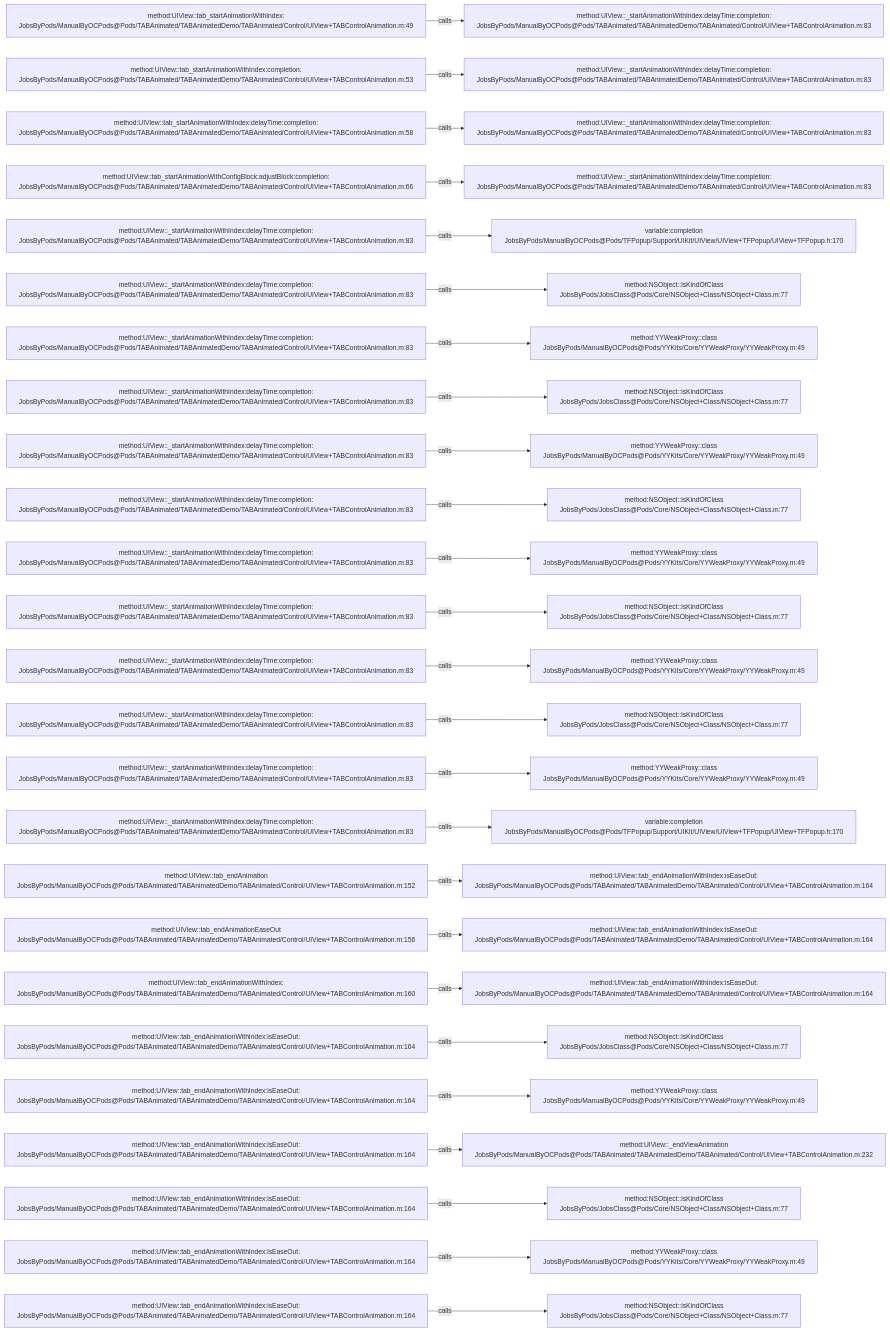
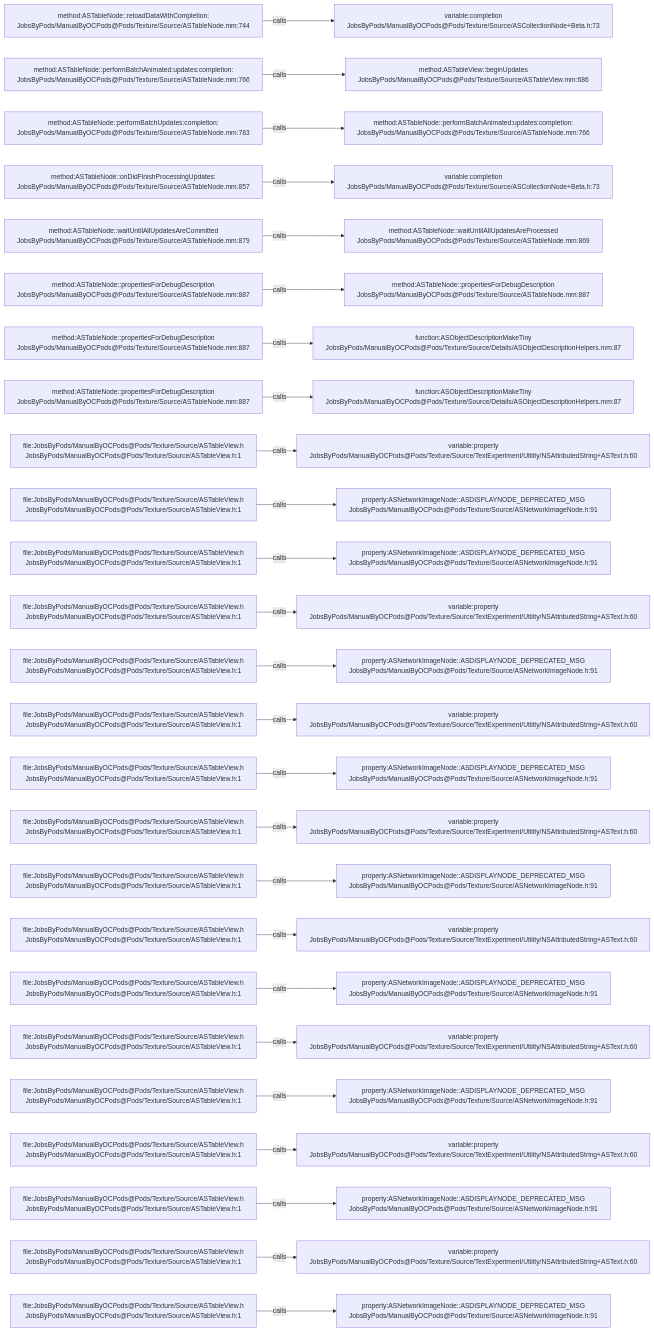
Before and after one commit to JobsKits/JobsOCBaseConfigDemo: the diagram in .codegraph/codegraph.md/graphs/calls-132.md, drawn with Mermaid. The commit also changed 2162 other files, not shown here.

````diff
--- a/.codegraph/codegraph.md/graphs/calls-132.md
+++ b/.codegraph/codegraph.md/graphs/calls-132.md
@@ -13,78 +13,78 @@
 ```mermaid
 flowchart LR
-  S1["method:UIView::tab_startAnimationWithIndex:<br/>JobsByPods/ManualByOCPods@Pods/TABAnimated/TABAnimatedDemo/TABAnimated/Control/UIView+TABControlAnimation.m:49"]
-  T1["method:UIView::_startAnimationWithIndex:delayTime:completion:<br/>JobsByPods/ManualByOCPods@Pods/TABAnimated/TABAnimatedDemo/TABAnimated/Control/UIView+TABControlAnimation.m:83"]
+  S1["method:ASTableNode::reloadDataWithCompletion:<br/>JobsByPods/ManualByOCPods@Pods/Texture/Source/ASTableNode.mm:744"]
+  T1["variable:completion<br/>JobsByPods/ManualByOCPods@Pods/Texture/Source/ASCollectionNode+Beta.h:73"]
   S1 -->|calls| T1
-  S2["method:UIView::tab_startAnimationWithIndex:completion:<br/>JobsByPods/ManualByOCPods@Pods/TABAnimated/TABAnimatedDemo/TABAnimated/Control/UIView+TABControlAnimation.m:53"]
-  T2["method:UIView::_startAnimationWithIndex:delayTime:completion:<br/>JobsByPods/ManualByOCPods@Pods/TABAnimated/TABAnimatedDemo/TABAnimated/Control/UIView+TABControlAnimation.m:83"]
+  S2["method:ASTableNode::performBatchAnimated:updates:completion:<br/>JobsByPods/ManualByOCPods@Pods/Texture/Source/ASTableNode.mm:766"]
+  T2["method:ASTableView::beginUpdates<br/>JobsByPods/ManualByOCPods@Pods/Texture/Source/ASTableView.mm:686"]
   S2 -->|calls| T2
-  S3["method:UIView::tab_startAnimationWithIndex:delayTime:completion:<br/>JobsByPods/ManualByOCPods@Pods/TABAnimated/TABAnimatedDemo/TABAnimated/Control/UIView+TABControlAnimation.m:58"]
-  T3["method:UIView::_startAnimationWithIndex:delayTime:completion:<br/>JobsByPods/ManualByOCPods@Pods/TABAnimated/TABAnimatedDemo/TABAnimated/Control/UIView+TABControlAnimation.m:83"]
+  S3["method:ASTableNode::performBatchUpdates:completion:<br/>JobsByPods/ManualByOCPods@Pods/Texture/Source/ASTableNode.mm:783"]
+  T3["method:ASTableNode::performBatchAnimated:updates:completion:<br/>JobsByPods/ManualByOCPods@Pods/Texture/Source/ASTableNode.mm:766"]
   S3 -->|calls| T3
-  S4["method:UIView::tab_startAnimationWithConfigBlock:adjustBlock:completion:<br/>JobsByPods/ManualByOCPods@Pods/TABAnimated/TABAnimatedDemo/TABAnimated/Control/UIView+TABControlAnimation.m:66"]
-  T4["method:UIView::_startAnimationWithIndex:delayTime:completion:<br/>JobsByPods/ManualByOCPods@Pods/TABAnimated/TABAnimatedDemo/TABAnimated/Control/UIView+TABControlAnimation.m:83"]
+  S4["method:ASTableNode::onDidFinishProcessingUpdates:<br/>JobsByPods/ManualByOCPods@Pods/Texture/Source/ASTableNode.mm:857"]
+  T4["variable:completion<br/>JobsByPods/ManualByOCPods@Pods/Texture/Source/ASCollectionNode+Beta.h:73"]
   S4 -->|calls| T4
-  S5["method:UIView::_startAnimationWithIndex:delayTime:completion:<br/>JobsByPods/ManualByOCPods@Pods/TABAnimated/TABAnimatedDemo/TABAnimated/Control/UIView+TABControlAnimation.m:83"]
-  T5["variable:completion<br/>JobsByPods/ManualByOCPods@Pods/TFPopup/Support/UIKit/UIView/UIView+TFPopup/UIView+TFPopup.h:170"]
+  S5["method:ASTableNode::waitUntilAllUpdatesAreCommitted<br/>JobsByPods/ManualByOCPods@Pods/Texture/Source/ASTableNode.mm:879"]
+  T5["method:ASTableNode::waitUntilAllUpdatesAreProcessed<br/>JobsByPods/ManualByOCPods@Pods/Texture/Source/ASTableNode.mm:869"]
   S5 -->|calls| T5
-  S6["method:UIView::_startAnimationWithIndex:delayTime:completion:<br/>JobsByPods/ManualByOCPods@Pods/TABAnimated/TABAnimatedDemo/TABAnimated/Control/UIView+TABControlAnimation.m:83"]
-  T6["method:NSObject::isKindOfClass<br/>JobsByPods/JobsClass@Pods/Core/NSObject+Class/NSObject+Class.m:77"]
+  S6["method:ASTableNode::propertiesForDebugDescription<br/>JobsByPods/ManualByOCPods@Pods/Texture/Source/ASTableNode.mm:887"]
+  T6["method:ASTableNode::propertiesForDebugDescription<br/>JobsByPods/ManualByOCPods@Pods/Texture/Source/ASTableNode.mm:887"]
   S6 -->|calls| T6
-  S7["method:UIView::_startAnimationWithIndex:delayTime:completion:<br/>JobsByPods/ManualByOCPods@Pods/TABAnimated/TABAnimatedDemo/TABAnimated/Control/UIView+TABControlAnimation.m:83"]
-  T7["method:YYWeakProxy::class<br/>JobsByPods/ManualByOCPods@Pods/YYKits/Core/YYWeakProxy/YYWeakProxy.m:49"]
+  S7["method:ASTableNode::propertiesForDebugDescription<br/>JobsByPods/ManualByOCPods@Pods/Texture/Source/ASTableNode.mm:887"]
+  T7["function:ASObjectDescriptionMakeTiny<br/>JobsByPods/ManualByOCPods@Pods/Texture/Source/Details/ASObjectDescriptionHelpers.mm:87"]
   S7 -->|calls| T7
-  S8["method:UIView::_startAnimationWithIndex:delayTime:completion:<br/>JobsByPods/ManualByOCPods@Pods/TABAnimated/TABAnimatedDemo/TABAnimated/Control/UIView+TABControlAnimation.m:83"]
-  T8["method:NSObject::isKindOfClass<br/>JobsByPods/JobsClass@Pods/Core/NSObject+Class/NSObject+Class.m:77"]
+  S8["method:ASTableNode::propertiesForDebugDescription<br/>JobsByPods/ManualByOCPods@Pods/Texture/Source/ASTableNode.mm:887"]
+  T8["function:ASObjectDescriptionMakeTiny<br/>JobsByPods/ManualByOCPods@Pods/Texture/Source/Details/ASObjectDescriptionHelpers.mm:87"]
   S8 -->|calls| T8
-  S9["method:UIView::_startAnimationWithIndex:delayTime:completion:<br/>JobsByPods/ManualByOCPods@Pods/TABAnimated/TABAnimatedDemo/TABAnimated/Control/UIView+TABControlAnimation.m:83"]
-  T9["method:YYWeakProxy::class<br/>JobsByPods/ManualByOCPods@Pods/YYKits/Core/YYWeakProxy/YYWeakProxy.m:49"]
+  S9["file:JobsByPods/ManualByOCPods@Pods/Texture/Source/ASTableView.h<br/>JobsByPods/ManualByOCPods@Pods/Texture/Source/ASTableView.h:1"]
+  T9["variable:property<br/>JobsByPods/ManualByOCPods@Pods/Texture/Source/TextExperiment/Utility/NSAttributedString+ASText.h:60"]
   S9 -->|calls| T9
-  S10["method:UIView::_startAnimationWithIndex:delayTime:completion:<br/>JobsByPods/ManualByOCPods@Pods/TABAnimated/TABAnimatedDemo/TABAnimated/Control/UIView+TABControlAnimation.m:83"]
-  T10["method:NSObject::isKindOfClass<br/>JobsByPods/JobsClass@Pods/Core/NSObject+Class/NSObject+Class.m:77"]
+  S10["file:JobsByPods/ManualByOCPods@Pods/Texture/Source/ASTableView.h<br/>JobsByPods/ManualByOCPods@Pods/Texture/Source/ASTableView.h:1"]
+  T10["property:ASNetworkImageNode::ASDISPLAYNODE_DEPRECATED_MSG<br/>JobsByPods/ManualByOCPods@Pods/Texture/Source/ASNetworkImageNode.h:91"]
   S10 -->|calls| T10
-  S11["method:UIView::_startAnimationWithIndex:delayTime:completion:<br/>JobsByPods/ManualByOCPods@Pods/TABAnimated/TABAnimatedDemo/TABAnimated/Control/UIView+TABControlAnimation.m:83"]
-  T11["method:YYWeakProxy::class<br/>JobsByPods/ManualByOCPods@Pods/YYKits/Core/YYWeakProxy/YYWeakProxy.m:49"]
+  S11["file:JobsByPods/ManualByOCPods@Pods/Texture/Source/ASTableView.h<br/>JobsByPods/ManualByOCPods@Pods/Texture/Source/ASTableView.h:1"]
+  T11["property:ASNetworkImageNode::ASDISPLAYNODE_DEPRECATED_MSG<br/>JobsByPods/ManualByOCPods@Pods/Texture/Source/ASNetworkImageNode.h:91"]
   S11 -->|calls| T11
-  S12["method:UIView::_startAnimationWithIndex:delayTime:completion:<br/>JobsByPods/ManualByOCPods@Pods/TABAnimated/TABAnimatedDemo/TABAnimated/Control/UIView+TABControlAnimation.m:83"]
-  T12["method:NSObject::isKindOfClass<br/>JobsByPods/JobsClass@Pods/Core/NSObject+Class/NSObject+Class.m:77"]
+  S12["file:JobsByPods/ManualByOCPods@Pods/Texture/Source/ASTableView.h<br/>JobsByPods/ManualByOCPods@Pods/Texture/Source/ASTableView.h:1"]
+  T12["variable:property<br/>JobsByPods/ManualByOCPods@Pods/Texture/Source/TextExperiment/Utility/NSAttributedString+ASText.h:60"]
   S12 -->|calls| T12
-  S13["method:UIView::_startAnimationWithIndex:delayTime:completion:<br/>JobsByPods/ManualByOCPods@Pods/TABAnimated/TABAnimatedDemo/TABAnimated/Control/UIView+TABControlAnimation.m:83"]
-  T13["method:YYWeakProxy::class<br/>JobsByPods/ManualByOCPods@Pods/YYKits/Core/YYWeakProxy/YYWeakProxy.m:49"]
+  S13["file:JobsByPods/ManualByOCPods@Pods/Texture/Source/ASTableView.h<br/>JobsByPods/ManualByOCPods@Pods/Texture/Source/ASTableView.h:1"]
+  T13["property:ASNetworkImageNode::ASDISPLAYNODE_DEPRECATED_MSG<br/>JobsByPods/ManualByOCPods@Pods/Texture/Source/ASNetworkImageNode.h:91"]
   S13 -->|calls| T13
-  S14["method:UIView::_startAnimationWithIndex:delayTime:completion:<br/>JobsByPods/ManualByOCPods@Pods/TABAnimated/TABAnimatedDemo/TABAnimated/Control/UIView+TABControlAnimation.m:83"]
-  T14["method:NSObject::isKindOfClass<br/>JobsByPods/JobsClass@Pods/Core/NSObject+Class/NSObject+Class.m:77"]
+  S14["file:JobsByPods/ManualByOCPods@Pods/Texture/Source/ASTableView.h<br/>JobsByPods/ManualByOCPods@Pods/Texture/Source/ASTableView.h:1"]
+  T14["variable:property<br/>JobsByPods/ManualByOCPods@Pods/Texture/Source/TextExperiment/Utility/NSAttributedString+ASText.h:60"]
   S14 -->|calls| T14
-  S15["method:UIView::_startAnimationWithIndex:delayTime:completion:<br/>JobsByPods/ManualByOCPods@Pods/TABAnimated/TABAnimatedDemo/TABAnimated/Control/UIView+TABControlAnimation.m:83"]
-  T15["method:YYWeakProxy::class<br/>JobsByPods/ManualByOCPods@Pods/YYKits/Core/YYWeakProxy/YYWeakProxy.m:49"]
+  S15["file:JobsByPods/ManualByOCPods@Pods/Texture/Source/ASTableView.h<br/>JobsByPods/ManualByOCPods@Pods/Texture/Source/ASTableView.h:1"]
+  T15["property:ASNetworkImageNode::ASDISPLAYNODE_DEPRECATED_MSG<br/>JobsByPods/ManualByOCPods@Pods/Texture/Source/ASNetworkImageNode.h:91"]
   S15 -->|calls| T15
-  S16["method:UIView::_startAnimationWithIndex:delayTime:completion:<br/>JobsByPods/ManualByOCPods@Pods/TABAnimated/TABAnimatedDemo/TABAnimated/Control/UIView+TABControlAnimation.m:83"]
-  T16["variable:completion<br/>JobsByPods/ManualByOCPods@Pods/TFPopup/Support/UIKit/UIView/UIView+TFPopup/UIView+TFPopup.h:170"]
+  S16["file:JobsByPods/ManualByOCPods@Pods/Texture/Source/ASTableView.h<br/>JobsByPods/ManualByOCPods@Pods/Texture/Source/ASTableView.h:1"]
+  T16["variable:property<br/>JobsByPods/ManualByOCPods@Pods/Texture/Source/TextExperiment/Utility/NSAttributedString+ASText.h:60"]
   S16 -->|calls| T16
-  S17["method:UIView::tab_endAnimation<br/>JobsByPods/ManualByOCPods@Pods/TABAnimated/TABAnimatedDemo/TABAnimated/Control/UIView+TABControlAnimation.m:152"]
-  T17["method:UIView::tab_endAnimationWithIndex:isEaseOut:<br/>JobsByPods/ManualByOCPods@Pods/TABAnimated/TABAnimatedDemo/TABAnimated/Control/UIView+TABControlAnimation.m:164"]
+  S17["file:JobsByPods/ManualByOCPods@Pods/Texture/Source/ASTableView.h<br/>JobsByPods/ManualByOCPods@Pods/Texture/Source/ASTableView.h:1"]
+  T17["property:ASNetworkImageNode::ASDISPLAYNODE_DEPRECATED_MSG<br/>JobsByPods/ManualByOCPods@Pods/Texture/Source/ASNetworkImageNode.h:91"]
   S17 -->|calls| T17
-  S18["method:UIView::tab_endAnimationEaseOut<br/>JobsByPods/ManualByOCPods@Pods/TABAnimated/TABAnimatedDemo/TABAnimated/Control/UIView+TABControlAnimation.m:156"]
-  T18["method:UIView::tab_endAnimationWithIndex:isEaseOut:<br/>JobsByPods/ManualByOCPods@Pods/TABAnimated/TABAnimatedDemo/TABAnimated/Control/UIView+TABControlAnimation.m:164"]
+  S18["file:JobsByPods/ManualByOCPods@Pods/Texture/Source/ASTableView.h<br/>JobsByPods/ManualByOCPods@Pods/Texture/Source/ASTableView.h:1"]
+  T18["variable:property<br/>JobsByPods/ManualByOCPods@Pods/Texture/Source/TextExperiment/Utility/NSAttributedString+ASText.h:60"]
   S18 -->|calls| T18
-  S19["method:UIView::tab_endAnimationWithIndex:<br/>JobsByPods/ManualByOCPods@Pods/TABAnimated/TABAnimatedDemo/TABAnimated/Control/UIView+TABControlAnimation.m:160"]
-  T19["method:UIView::tab_endAnimationWithIndex:isEaseOut:<br/>JobsByPods/ManualByOCPods@Pods/TABAnimated/TABAnimatedDemo/TABAnimated/Control/UIView+TABControlAnimation.m:164"]
+  S19["file:JobsByPods/ManualByOCPods@Pods/Texture/Source/ASTableView.h<br/>JobsByPods/ManualByOCPods@Pods/Texture/Source/ASTableView.h:1"]
+  T19["property:ASNetworkImageNode::ASDISPLAYNODE_DEPRECATED_MSG<br/>JobsByPods/ManualByOCPods@Pods/Texture/Source/ASNetworkImageNode.h:91"]
   S19 -->|calls| T19
-  S20["method:UIView::tab_endAnimationWithIndex:isEaseOut:<br/>JobsByPods/ManualByOCPods@Pods/TABAnimated/TABAnimatedDemo/TABAnimated/Control/UIView+TABControlAnimation.m:164"]
-  T20["method:NSObject::isKindOfClass<br/>JobsByPods/JobsClass@Pods/Core/NSObject+Class/NSObject+Class.m:77"]
+  S20["file:JobsByPods/ManualByOCPods@Pods/Texture/Source/ASTableView.h<br/>JobsByPods/ManualByOCPods@Pods/Texture/Source/ASTableView.h:1"]
+  T20["variable:property<br/>JobsByPods/ManualByOCPods@Pods/Texture/Source/TextExperiment/Utility/NSAttributedString+ASText.h:60"]
   S20 -->|calls| T20
-  S21["method:UIView::tab_endAnimationWithIndex:isEaseOut:<br/>JobsByPods/ManualByOCPods@Pods/TABAnimated/TABAnimatedDemo/TABAnimated/Control/UIView+TABControlAnimation.m:164"]
-  T21["method:YYWeakProxy::class<br/>JobsByPods/ManualByOCPods@Pods/YYKits/Core/YYWeakProxy/YYWeakProxy.m:49"]
+  S21["file:JobsByPods/ManualByOCPods@Pods/Texture/Source/ASTableView.h<br/>JobsByPods/ManualByOCPods@Pods/Texture/Source/ASTableView.h:1"]
+  T21["property:ASNetworkImageNode::ASDISPLAYNODE_DEPRECATED_MSG<br/>JobsByPods/ManualByOCPods@Pods/Texture/Source/ASNetworkImageNode.h:91"]
   S21 -->|calls| T21
-  S22["method:UIView::tab_endAnimationWithIndex:isEaseOut:<br/>JobsByPods/ManualByOCPods@Pods/TABAnimated/TABAnimatedDemo/TABAnimated/Control/UIView+TABControlAnimation.m:164"]
-  T22["method:UIView::_endViewAnimation<br/>JobsByPods/ManualByOCPods@Pods/TABAnimated/TABAnimatedDemo/TABAnimated/Control/UIView+TABControlAnimation.m:232"]
+  S22["file:JobsByPods/ManualByOCPods@Pods/Texture/Source/ASTableView.h<br/>JobsByPods/ManualByOCPods@Pods/Texture/Source/ASTableView.h:1"]
+  T22["variable:property<br/>JobsByPods/ManualByOCPods@Pods/Texture/Source/TextExperiment/Utility/NSAttributedString+ASText.h:60"]
   S22 -->|calls| T22
-  S23["method:UIView::tab_endAnimationWithIndex:isEaseOut:<br/>JobsByPods/ManualByOCPods@Pods/TABAnimated/TABAnimatedDemo/TABAnimated/Control/UIView+TABControlAnimation.m:164"]
-  T23["method:NSObject::isKindOfClass<br/>JobsByPods/JobsClass@Pods/Core/NSObject+Class/NSObject+Class.m:77"]
+  S23["file:JobsByPods/ManualByOCPods@Pods/Texture/Source/ASTableView.h<br/>JobsByPods/ManualByOCPods@Pods/Texture/Source/ASTableView.h:1"]
+  T23["property:ASNetworkImageNode::ASDISPLAYNODE_DEPRECATED_MSG<br/>JobsByPods/ManualByOCPods@Pods/Texture/Source/ASNetworkImageNode.h:91"]
   S23 -->|calls| T23
-  S24["method:UIView::tab_endAnimationWithIndex:isEaseOut:<br/>JobsByPods/ManualByOCPods@Pods/TABAnimated/TABAnimatedDemo/TABAnimated/Control/UIView+TABControlAnimation.m:164"]
-  T24["method:YYWeakProxy::class<br/>JobsByPods/ManualByOCPods@Pods/YYKits/Core/YYWeakProxy/YYWeakProxy.m:49"]
+  S24["file:JobsByPods/ManualByOCPods@Pods/Texture/Source/ASTableView.h<br/>JobsByPods/ManualByOCPods@Pods/Texture/Source/ASTableView.h:1"]
+  T24["variable:property<br/>JobsByPods/ManualByOCPods@Pods/Texture/Source/TextExperiment/Utility/NSAttributedString+ASText.h:60"]
   S24 -->|calls| T24
-  S25["method:UIView::tab_endAnimationWithIndex:isEaseOut:<br/>JobsByPods/ManualByOCPods@Pods/TABAnimated/TABAnimatedDemo/TABAnimated/Control/UIView+TABControlAnimation.m:164"]
-  T25["method:NSObject::isKindOfClass<br/>JobsByPods/JobsClass@Pods/Core/NSObject+Class/NSObject+Class.m:77"]
+  S25["file:JobsByPods/ManualByOCPods@Pods/Texture/Source/ASTableView.h<br/>JobsByPods/ManualByOCPods@Pods/Texture/Source/ASTableView.h:1"]
+  T25["property:ASNetworkImageNode::ASDISPLAYNODE_DEPRECATED_MSG<br/>JobsByPods/ManualByOCPods@Pods/Texture/Source/ASNetworkImageNode.h:91"]
   S25 -->|calls| T25
 ```
````
